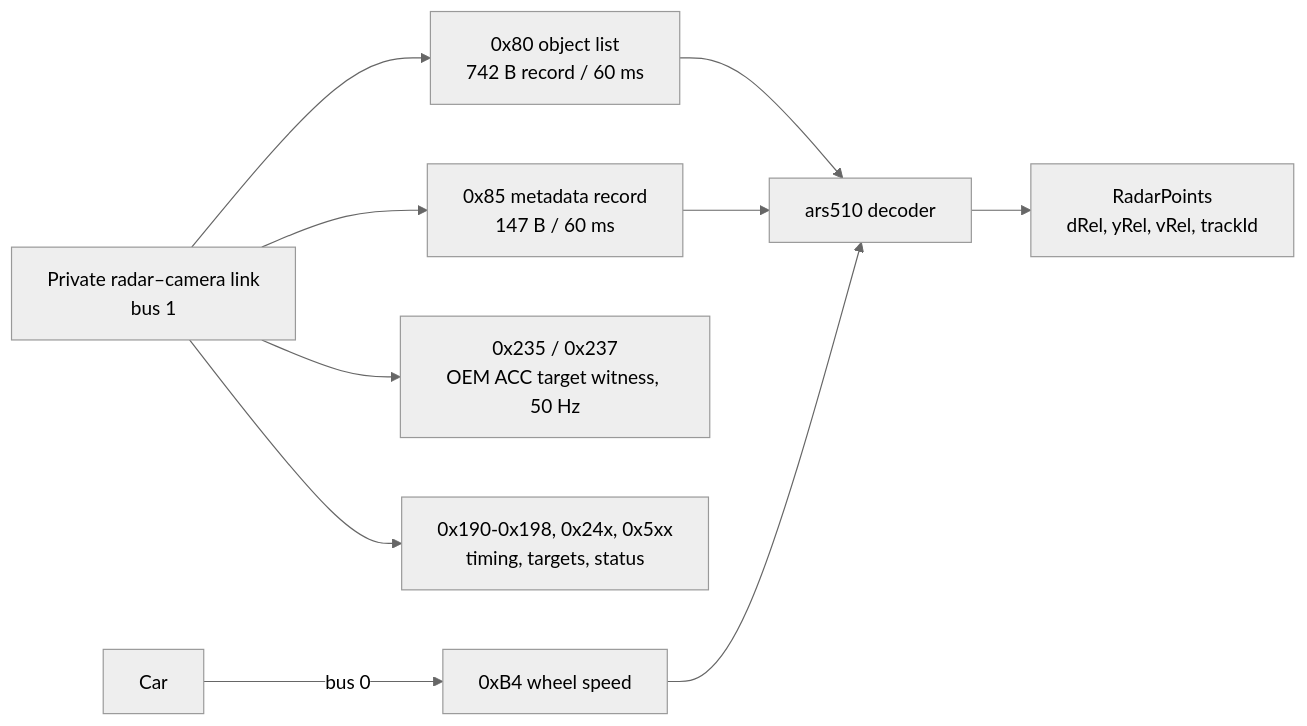
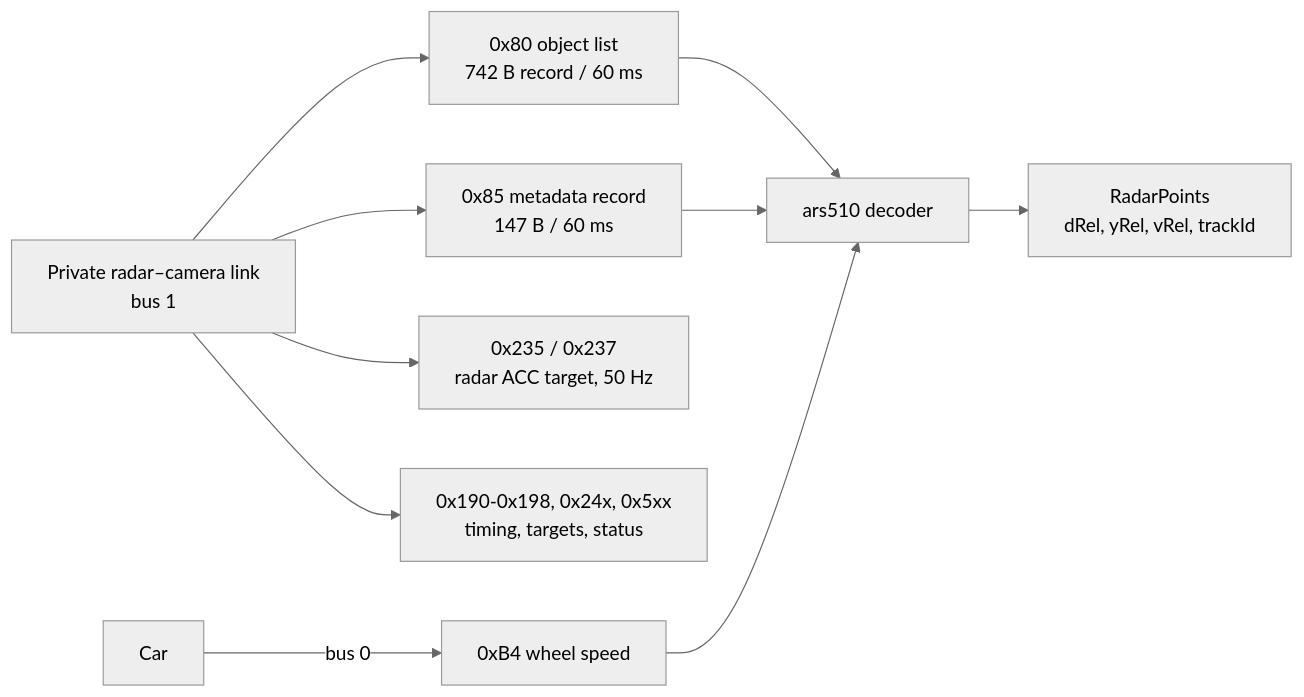
Before and after one commit to ds-sebastian/ars510-radar: the diagram in docs/01_radar_bus.md, drawn with Mermaid (neutral theme). The commit also changed other lines of this file and 30 other files, not shown here.

````diff
--- a/docs/01_radar_bus.md
+++ b/docs/01_radar_bus.md
@@ -6,12 +6,12 @@
 ```mermaid
 flowchart LR
     L["Private radar–camera link<br/>bus 1"] --> O["0x80 object list<br/>742 B record / 60 ms"]
     L --> M["0x85 metadata record<br/>147 B / 60 ms"]
-    L --> A["0x235 / 0x237<br/>OEM ACC target witness, 50 Hz"]
+    L --> A["0x235 / 0x237<br/>radar ACC target, 50 Hz"]
     L --> S["0x190-0x198, 0x24x, 0x5xx<br/>timing, targets, status"]
     C[Car] -- "bus 0" --> E["0xB4 wheel speed"]
     O --> D[ars510 decoder]
     M --> D
     E --> D
     D --> P["RadarPoints<br/>dRel, yRel, vRel, trackId"]
 ```
````
